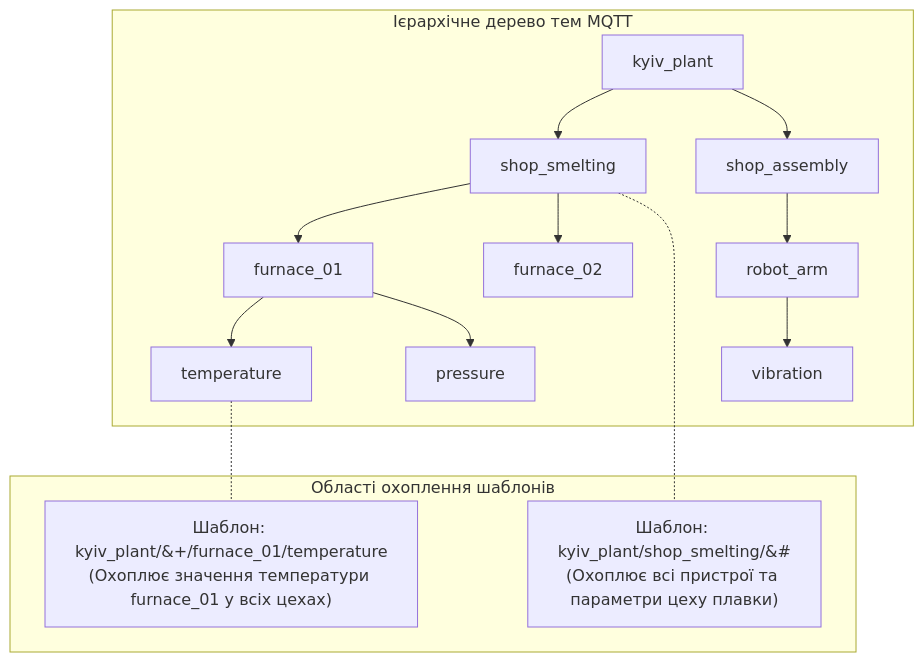
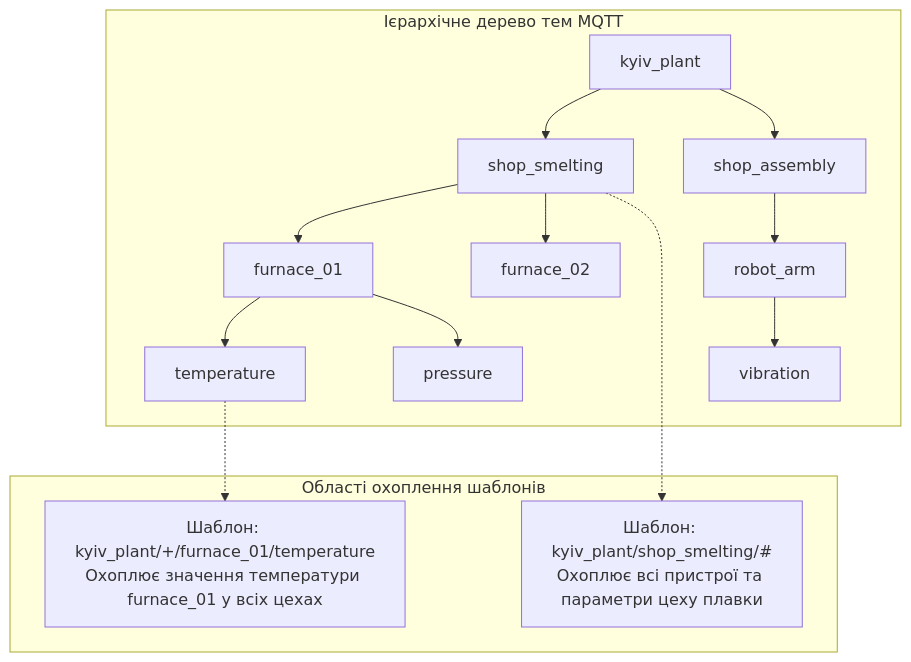
Before and after one commit to KyryloVadurin/cps-algorithms: the first of 2 diagrams in docs/practicals/pz-3.md, drawn with Mermaid.

````diff
--- a/docs/practicals/pz-3.md
+++ b/docs/practicals/pz-3.md
@@ -26,24 +26,24 @@
 ```mermaid
 flowchart TD
-    subgraph Topic_Tree ["Ієрархічне дерево тем MQTT"]
+    subgraph Topic_Tree["Ієрархічне дерево тем MQTT"]
         Root["kyiv_plant"] --> Shop1["shop_smelting"]
         Root --> Shop2["shop_assembly"]
         
         Shop1 --> Dev1["furnace_01"]
         Shop1 --> Dev2["furnace_02"]
         
         Dev1 --> Param1["temperature"]
         Dev1 --> Param2["pressure"]
         
         Shop2 --> Dev3["robot_arm"]
         Dev3 --> Param3["vibration"]
     end
 
-    subgraph Wildcard_Subscriptions ["Області охоплення шаблонів"]
-        SingleWild["Шаблон: kyiv_plant/&#43;/furnace_01/temperature<br/>(Охоплює значення температури furnace_01 у всіх цехах)"]
-        MultiWild["Шаблон: kyiv_plant/shop_smelting/&#35;<br/>(Охоплює всі пристрої та параметри цеху плавки)"]
+    subgraph Wildcard_Subscriptions["Області охоплення шаблонів"]
+        SingleWild["Шаблон: kyiv_plant/+/furnace_01/temperature<br>Охоплює значення температури furnace_01 у всіх цехах"]
+        MultiWild["Шаблон: kyiv_plant/shop_smelting/#<br>Охоплює всі пристрої та параметри цеху плавки"]
     end
 
-    Shop1 -.- MultiWild
-    Param1 -.- SingleWild
+    Shop1 -.-> MultiWild
+    Param1 -.-> SingleWild
 ```
````
